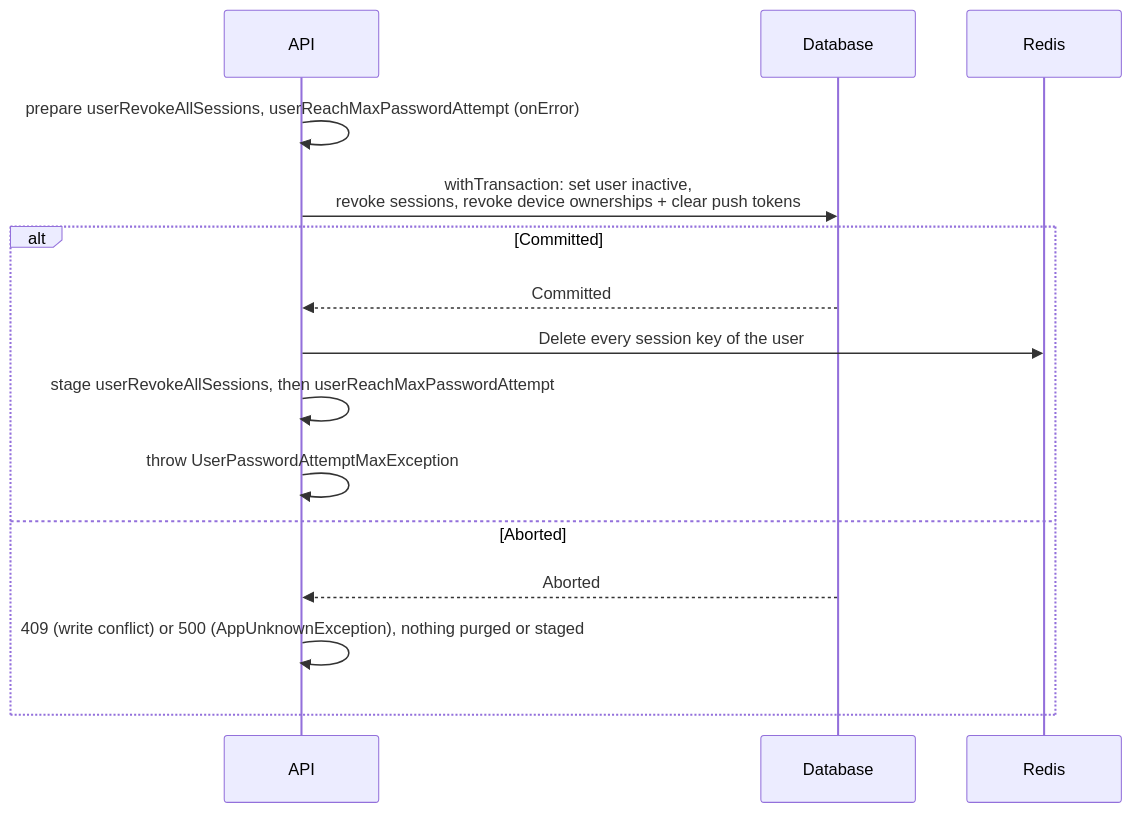
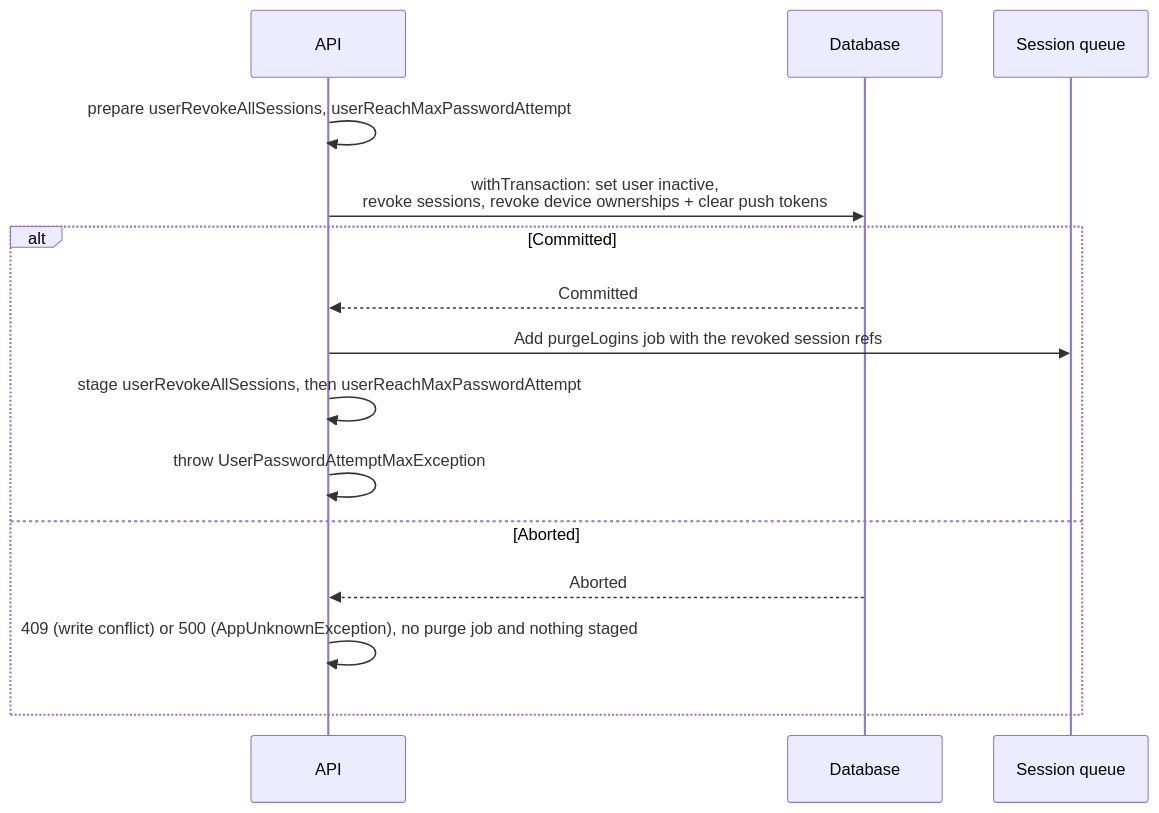
One commit to andrechristikan/ack-nestjs-boilerplate changed the third of 10 diagrams in docs/authentication.md. Above: the diagram before and after it, drawn with Mermaid. The commit also changed other lines of this file and 340 other files, not shown here.

````diff
--- a/docs/authentication.md
+++ b/docs/authentication.md
@@ -350,18 +350,18 @@
 ```mermaid
 sequenceDiagram
     participant API
     participant Database
-    participant Redis
+    participant Queue as Session queue
 
-    API->>API: prepare userRevokeAllSessions, userReachMaxPasswordAttempt (onError)
+    API->>API: prepare userRevokeAllSessions, userReachMaxPasswordAttempt
     API->>Database: withTransaction: set user inactive,<br/>revoke sessions, revoke device ownerships + clear push tokens
     alt Committed
         Database-->>API: Committed
-        API->>Redis: Delete every session key of the user
+        API->>Queue: Add purgeLogins job with the revoked session refs
         API->>API: stage userRevokeAllSessions, then userReachMaxPasswordAttempt
         API->>API: throw UserPasswordAttemptMaxException
     else Aborted
         Database-->>API: Aborted
-        API->>API: 409 (write conflict) or 500 (AppUnknownException), nothing purged or staged
+        API->>API: 409 (write conflict) or 500 (AppUnknownException), no purge job and nothing staged
     end
 ```
````
